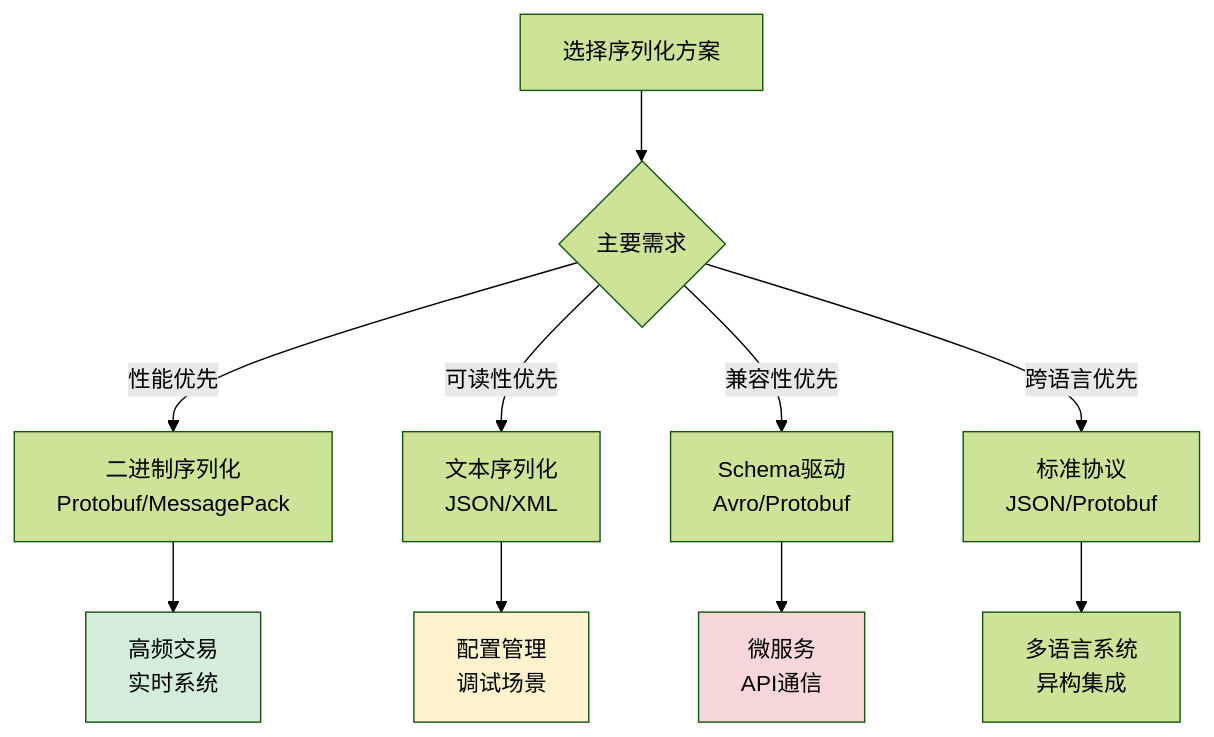
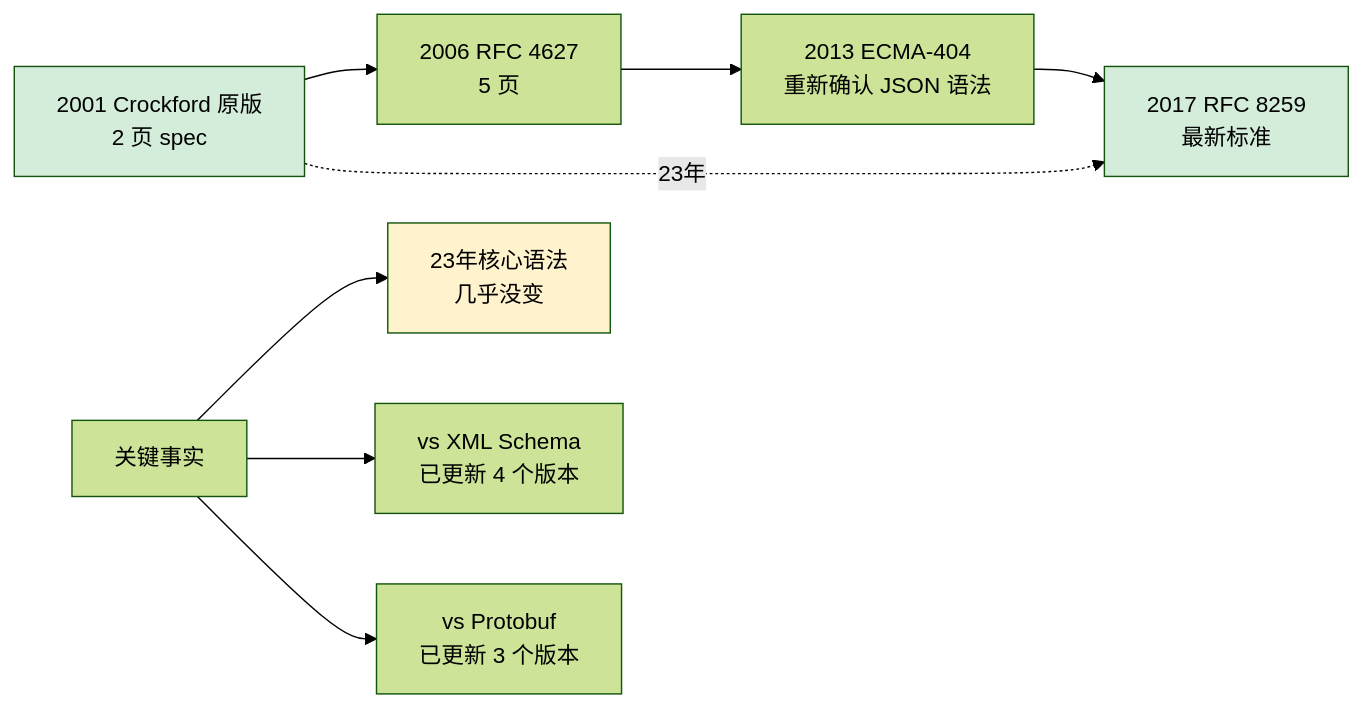
Diagram 11 of 24 in 00.通用技术的提升/02.程序编程原理/05.序列化数据的思想.md (chongyang211/YCBookBlog), drawn with Mermaid (forest theme) before and after one commit. The commit also changed other lines of this file and 6 other files, not shown here.

````diff
--- a/00.通用技术的提升/02.程序编程原理/05.序列化数据的思想.md
+++ b/00.通用技术的提升/02.程序编程原理/05.序列化数据的思想.md
@@ -1512,17 +989,16 @@
 ```mermaid
-flowchart TD
-    A[选择序列化方案] --> B{主要需求}
-    B -->|性能优先| C[二进制序列化<br/>Protobuf/MessagePack]
-    B -->|可读性优先| D[文本序列化<br/>JSON/XML]
-    B -->|兼容性优先| E[Schema驱动<br/>Avro/Protobuf]
-    B -->|跨语言优先| F[标准协议<br/>JSON/Protobuf]
+flowchart LR
+    A[2001 Crockford 原版<br/>2 页 spec] --> B[2006 RFC 4627<br/>5 页]
+    B --> C[2013 ECMA-404<br/>重新确认 JSON 语法]
+    C --> D[2017 RFC 8259<br/>最新标准]
+
+    A -.23年.-> D
     
-    C --> G[高频交易<br/>实时系统]
-    D --> H[配置管理<br/>调试场景]
-    E --> I[微服务<br/>API通信]
-    F --> J[多语言系统<br/>异构集成]
-    
-    style G fill:#d4edda
-    style H fill:#fff3cd
-    style I fill:#f8d7da
+    E[关键事实] --> E1[23年核心语法<br/>几乎没变]
+    E --> E2[vs XML Schema<br/>已更新 4 个版本]
+    E --> E3[vs Protobuf<br/>已更新 3 个版本]
+
+    style A fill:#d4edda
+    style D fill:#d4edda
+    style E1 fill:#fff3cd
 ```
````
